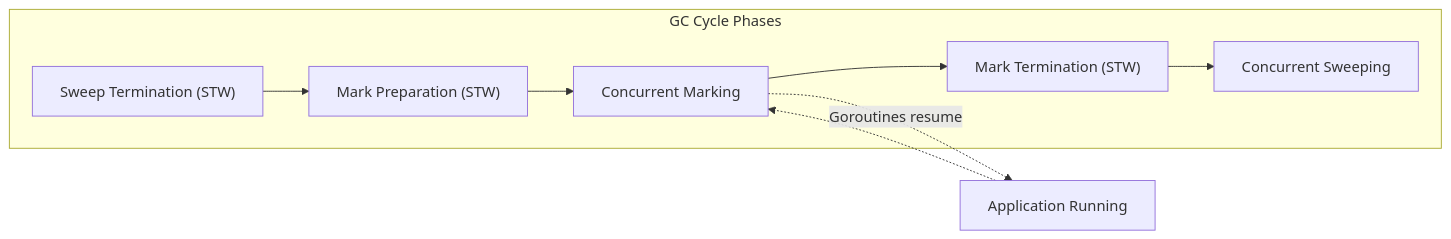
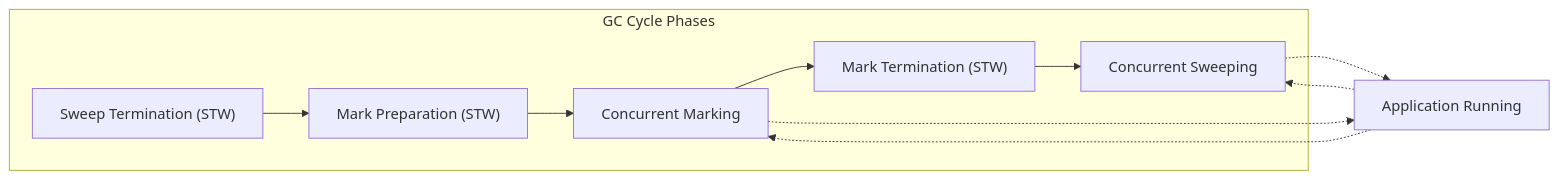
Before and after one commit to Chandra179/atlas: the diagram in golang/gc.md, drawn with Mermaid. The commit also changed other lines of this file, not shown here.

````diff
--- a/golang/gc.md
+++ b/golang/gc.md
@@ -14,13 +26,15 @@
 ```mermaid
 graph LR
     subgraph Phases["GC Cycle Phases"]
         SW["Sweep Termination (STW)"]
         MP["Mark Preparation (STW)"]
         CM["Concurrent Marking"]
         MT["Mark Termination (STW)"]
         CS["Concurrent Sweeping"]
     end
     SW --> MP --> CM --> MT --> CS
-    CM -.->|"Goroutines resume"| GOR["Application Running"]
+    CM -.-> GOR["Application Running"]
     GOR -.-> CM
+    CS -.-> GOR
+    GOR -.-> CS
 ```
````
